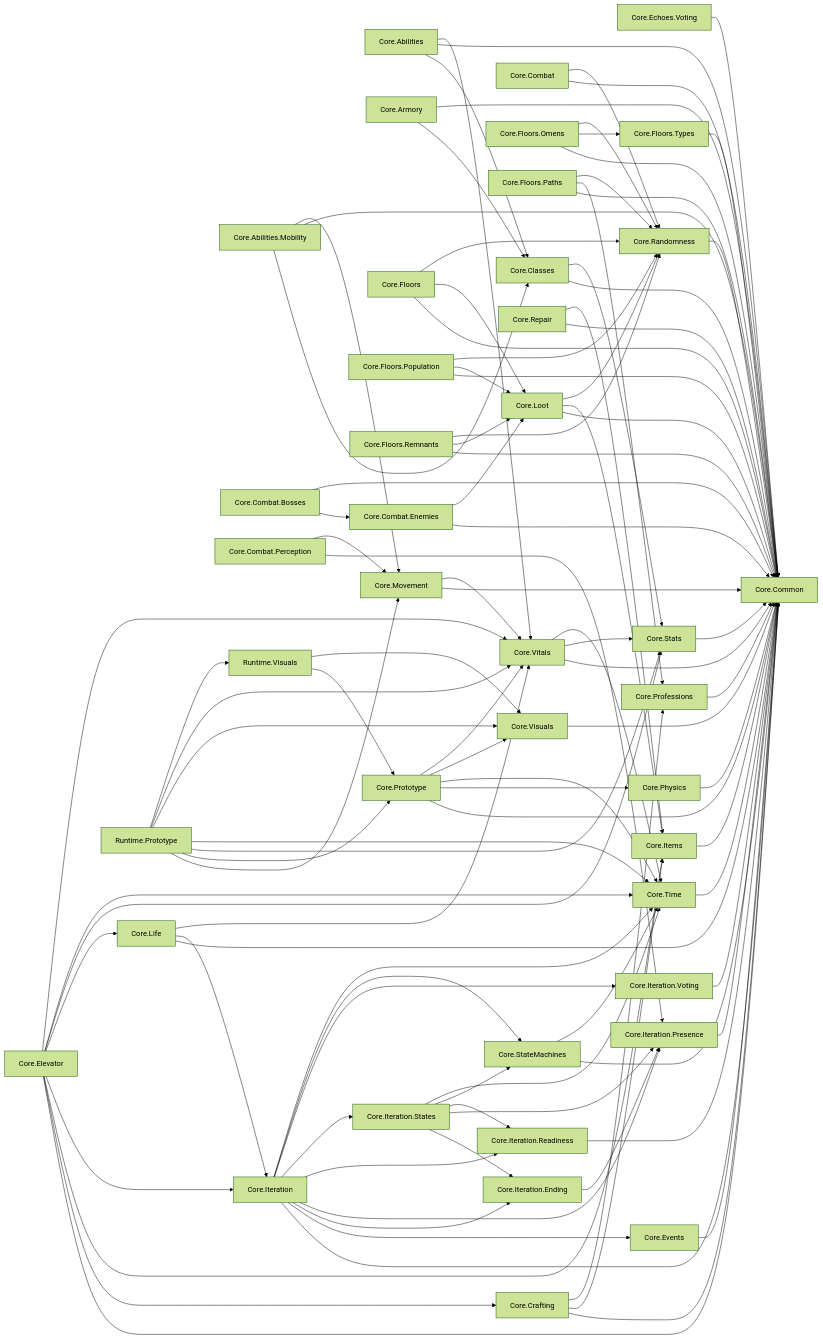
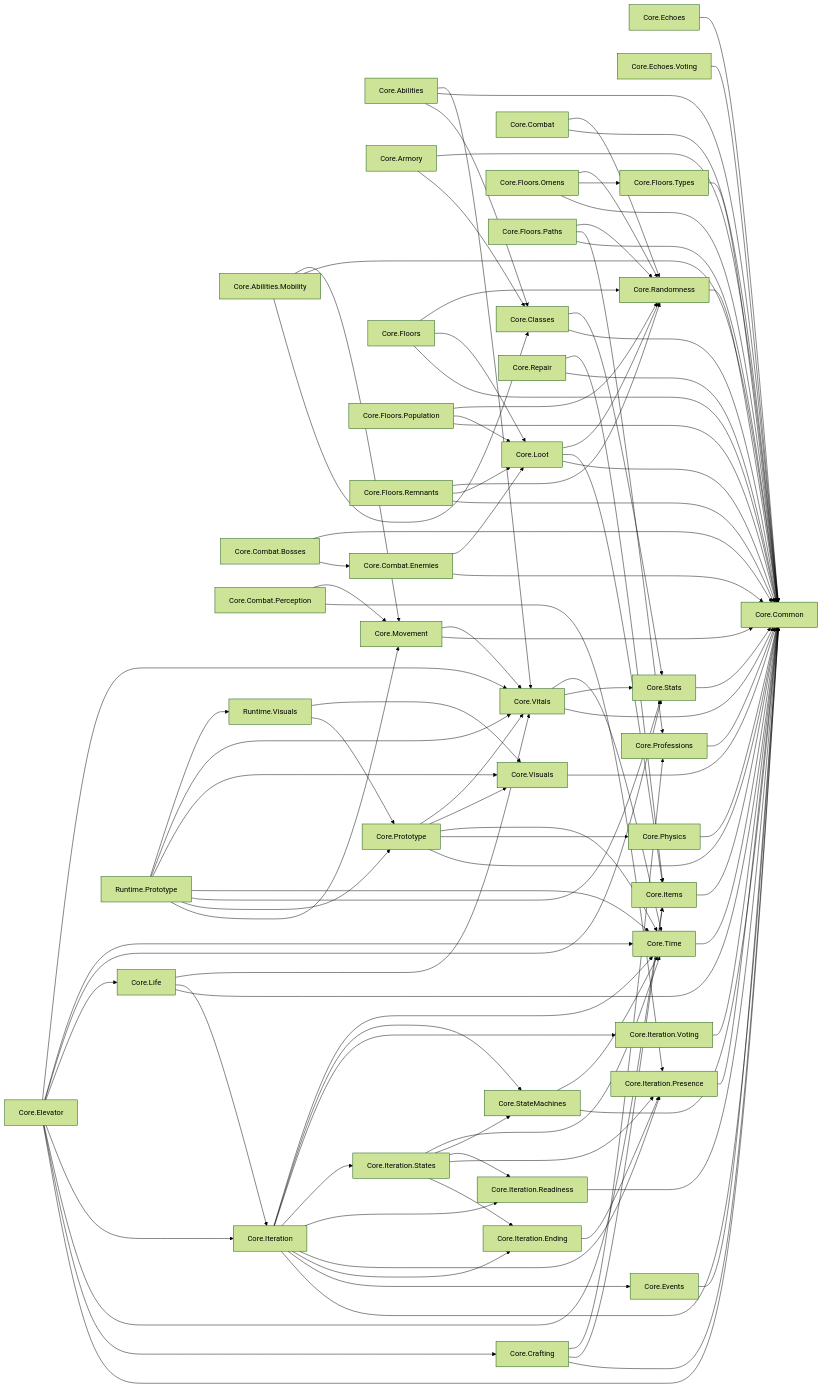
One commit to LazaroPol/Acensor changed the diagram in docs/arquitectura/GRAFO.md. Above: the diagram before and after it, drawn with Mermaid (forest theme). The commit also changed 9 other files, not shown here.

````diff
--- a/docs/arquitectura/GRAFO.md
+++ b/docs/arquitectura/GRAFO.md
@@ -14,75 +14,77 @@
   n7["Core.Combat.Perception"]
   n8["Core.Common"]
   n9["Core.Crafting"]
-  n10["Core.Echoes.Voting"]
-  n11["Core.Elevator"]
-  n12["Core.Events"]
-  n13["Core.Floors"]
-  n14["Core.Floors.Omens"]
-  n15["Core.Floors.Paths"]
-  n16["Core.Floors.Population"]
-  n17["Core.Floors.Remnants"]
-  n18["Core.Floors.Types"]
-  n19["Core.Items"]
-  n20["Core.Iteration"]
-  n21["Core.Iteration.Ending"]
-  n22["Core.Iteration.Presence"]
-  n23["Core.Iteration.Readiness"]
-  n24["Core.Iteration.States"]
-  n25["Core.Iteration.Voting"]
-  n26["Core.Life"]
-  n27["Core.Loot"]
-  n28["Core.Movement"]
-  n29["Core.Physics"]
-  n30["Core.Professions"]
-  n31["Core.Prototype"]
-  n32["Core.Randomness"]
-  n33["Core.Repair"]
-  n34["Core.StateMachines"]
-  n35["Core.Stats"]
-  n36["Core.Time"]
-  n37["Core.Visuals"]
-  n38["Core.Vitals"]
-  n39["Runtime.Prototype"]
-  n40["Runtime.Visuals"]
-  n0 --> n3 & n8 & n38
-  n1 --> n3 & n8 & n28
+  n10["Core.Echoes"]
+  n11["Core.Echoes.Voting"]
+  n12["Core.Elevator"]
+  n13["Core.Events"]
+  n14["Core.Floors"]
+  n15["Core.Floors.Omens"]
+  n16["Core.Floors.Paths"]
+  n17["Core.Floors.Population"]
+  n18["Core.Floors.Remnants"]
+  n19["Core.Floors.Types"]
+  n20["Core.Items"]
+  n21["Core.Iteration"]
+  n22["Core.Iteration.Ending"]
+  n23["Core.Iteration.Presence"]
+  n24["Core.Iteration.Readiness"]
+  n25["Core.Iteration.States"]
+  n26["Core.Iteration.Voting"]
+  n27["Core.Life"]
+  n28["Core.Loot"]
+  n29["Core.Movement"]
+  n30["Core.Physics"]
+  n31["Core.Professions"]
+  n32["Core.Prototype"]
+  n33["Core.Randomness"]
+  n34["Core.Repair"]
+  n35["Core.StateMachines"]
+  n36["Core.Stats"]
+  n37["Core.Time"]
+  n38["Core.Visuals"]
+  n39["Core.Vitals"]
+  n40["Runtime.Prototype"]
+  n41["Runtime.Visuals"]
+  n0 --> n3 & n8 & n39
+  n1 --> n3 & n8 & n29
   n2 --> n3 & n8
-  n3 --> n8 & n35
-  n4 --> n8 & n32
+  n3 --> n8 & n36
+  n4 --> n8 & n33
   n5 --> n6 & n8
-  n6 --> n8 & n27
-  n7 --> n22 & n28
-  n9 --> n8 & n19 & n30
+  n6 --> n8 & n28
+  n7 --> n23 & n29
+  n9 --> n8 & n20 & n31
   n10 --> n8
-  n11 --> n8 & n9 & n19 & n20 & n26 & n35 & n36 & n38
-  n12 --> n8
-  n13 --> n8 & n27 & n32
-  n14 --> n8 & n18 & n32
-  n15 --> n8 & n30 & n32
-  n16 --> n8 & n27 & n32
-  n17 --> n8 & n27 & n32
-  n18 --> n8
+  n11 --> n8
+  n12 --> n8 & n9 & n20 & n21 & n27 & n36 & n37 & n39
+  n13 --> n8
+  n14 --> n8 & n28 & n33
+  n15 --> n8 & n19 & n33
+  n16 --> n8 & n31 & n33
+  n17 --> n8 & n28 & n33
+  n18 --> n8 & n28 & n33
   n19 --> n8
-  n20 --> n8 & n12 & n21 & n22 & n23 & n24 & n25 & n34 & n36
-  n21 --> n22
-  n22 --> n8
+  n20 --> n8
+  n21 --> n8 & n13 & n22 & n23 & n24 & n25 & n26 & n35 & n37
+  n22 --> n23
   n23 --> n8
-  n24 --> n21 & n22 & n23 & n34 & n36
-  n25 --> n8
-  n26 --> n8 & n20 & n38
-  n27 --> n8 & n19 & n32
-  n28 --> n8 & n38
-  n29 --> n8
+  n24 --> n8
+  n25 --> n22 & n23 & n24 & n35 & n37
+  n26 --> n8
+  n27 --> n8 & n21 & n39
+  n28 --> n8 & n20 & n33
+  n29 --> n8 & n39
   n30 --> n8
-  n31 --> n8 & n29 & n36 & n37 & n38
-  n32 --> n8
-  n33 --> n8 & n19
-  n34 --> n8 & n36
-  n35 --> n8
+  n31 --> n8
+  n32 --> n8 & n30 & n37 & n38 & n39
+  n33 --> n8
+  n34 --> n8 & n20
+  n35 --> n8 & n37
   n36 --> n8
   n37 --> n8
-  n38 --> n8 & n35 & n36
-  n39 --> n28 & n31 & n35 & n36 & n37 & n38 & n40
-  n40 --> n31 & n37
+  n38 --> n8
+  n39 --> n8 & n36 & n37
+  n40 --> n29 & n32 & n36 & n37 & n38 & n39 & n41
+  n41 --> n32 & n38
 ```
````
